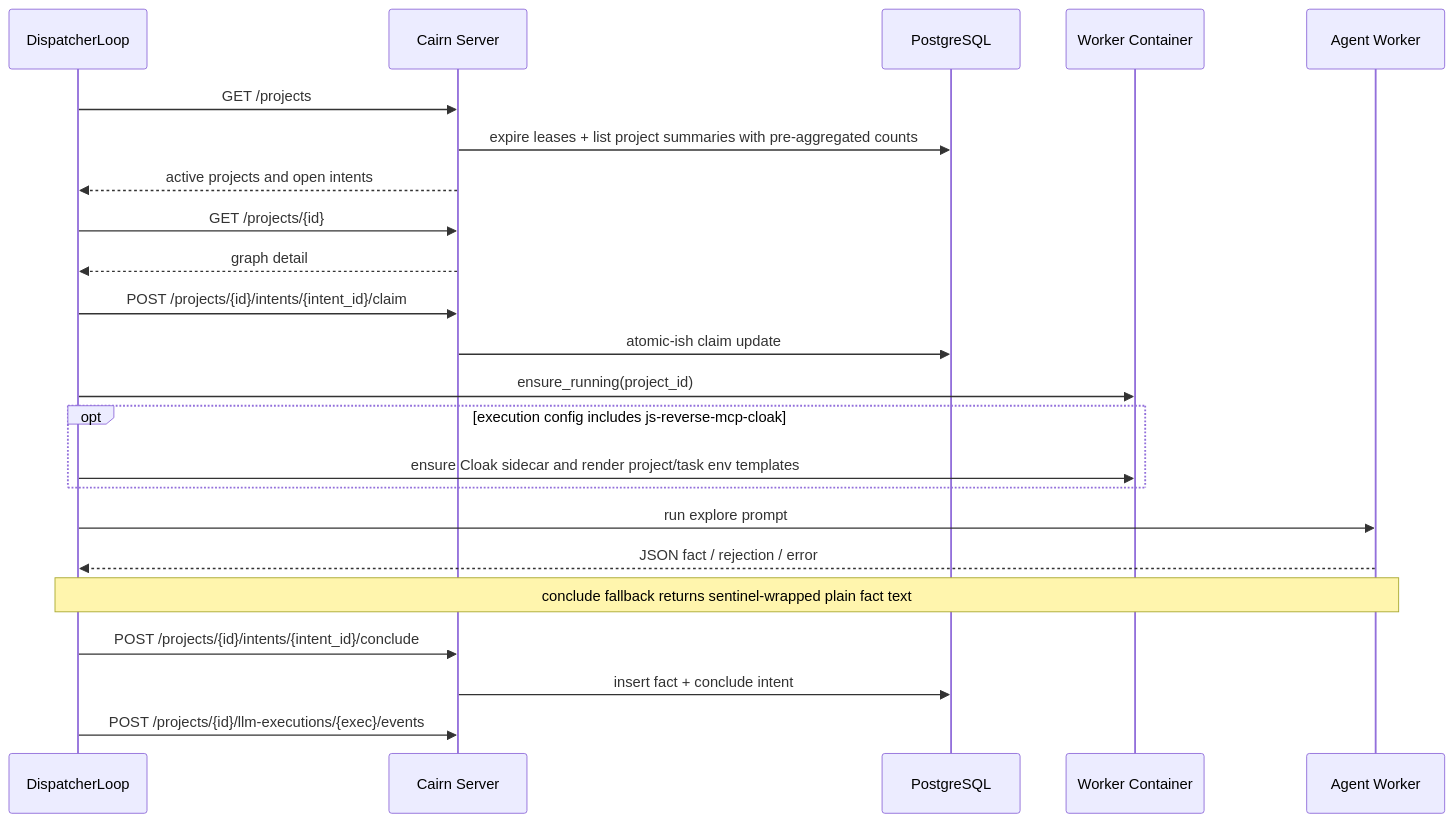
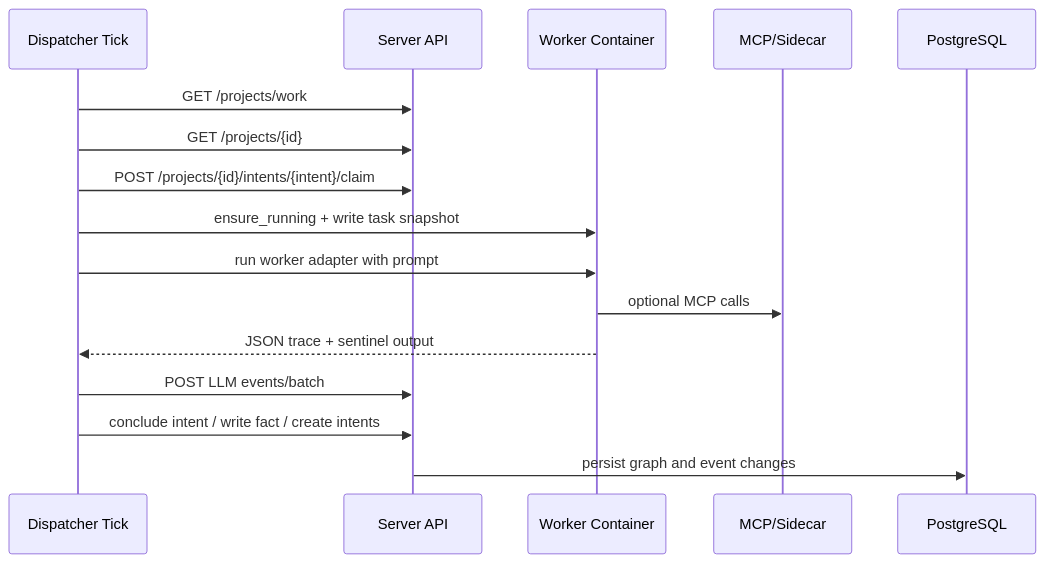
The third of 4 diagrams in AI/ARCHITECTURE.md (j7ur8/Cairn), drawn with Mermaid before and after one commit. The commit also changed other lines of this file and 6 other files, not shown here.

````diff
--- a/AI/ARCHITECTURE.md
+++ b/AI/ARCHITECTURE.md
@@ -191,26 +160,19 @@
 ```mermaid
 sequenceDiagram
-    participant D as DispatcherLoop
-    participant S as Cairn Server
+    participant D as Dispatcher Tick
+    participant S as Server API
+    participant W as Worker Container
+    participant M as MCP/Sidecar
     participant DB as PostgreSQL
-    participant C as Worker Container
-    participant W as Agent Worker
 
-    D->>S: GET /projects
-    S->>DB: expire leases + list project summaries with pre-aggregated counts
-    S-->>D: active projects and open intents
+    D->>S: GET /projects/work
     D->>S: GET /projects/{id}
-    S-->>D: graph detail
-    D->>S: POST /projects/{id}/intents/{intent_id}/claim
-    S->>DB: atomic-ish claim update
-    D->>C: ensure_running(project_id)
-    opt execution config includes js-reverse-mcp-cloak
-        D->>C: ensure Cloak sidecar and render project/task env templates
-    end
-    D->>W: run explore prompt
-    W-->>D: JSON fact / rejection / error
-    Note over D,W: conclude fallback returns sentinel-wrapped plain fact text
-    D->>S: POST /projects/{id}/intents/{intent_id}/conclude
-    S->>DB: insert fact + conclude intent
-    D->>S: POST /projects/{id}/llm-executions/{exec}/events
+    D->>S: POST /projects/{id}/intents/{intent}/claim
+    D->>W: ensure_running + write task snapshot
+    D->>W: run worker adapter with prompt
+    W->>M: optional MCP calls
+    W-->>D: JSON trace + sentinel output
+    D->>S: POST LLM events/batch
+    D->>S: conclude intent / write fact / create intents
+    S->>DB: persist graph and event changes
 ```
````
